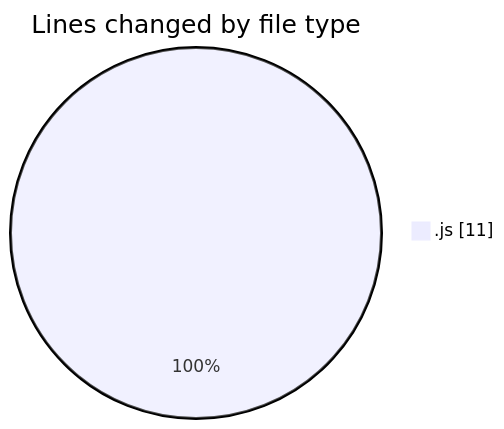
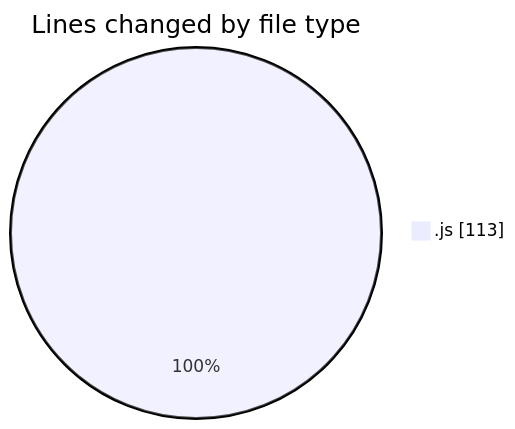
Before and after one commit to Ritupan-Deka/code-tracking: the first of 2 diagrams in 2025-07-18/mern-workoutboard/README.md, drawn with Mermaid. The commit also changed other lines of this file and 1 other file, not shown here.

````diff
--- a/2025-07-18/mern-workoutboard/README.md
+++ b/2025-07-18/mern-workoutboard/README.md
@@ -21,5 +22,5 @@
 ```mermaid
 pie showData
 title Lines changed by file type
-".js" : 11
+".js" : 113
 ```
````
